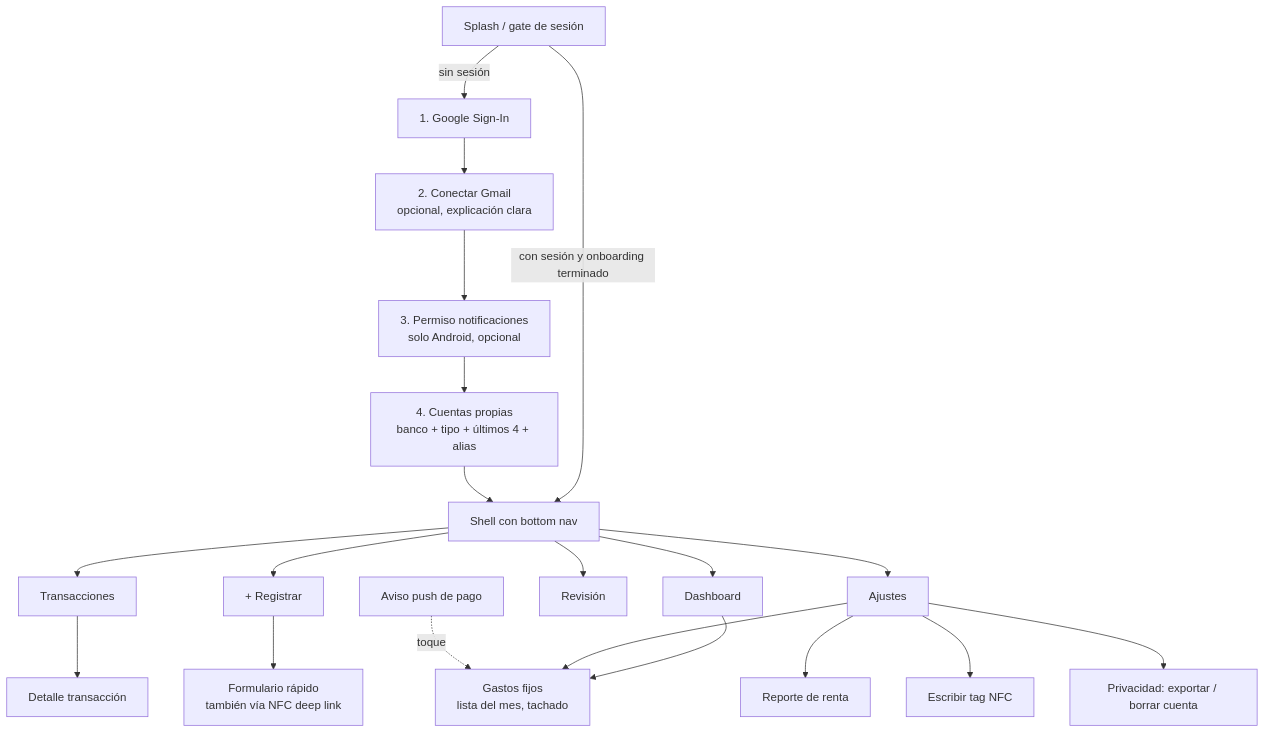
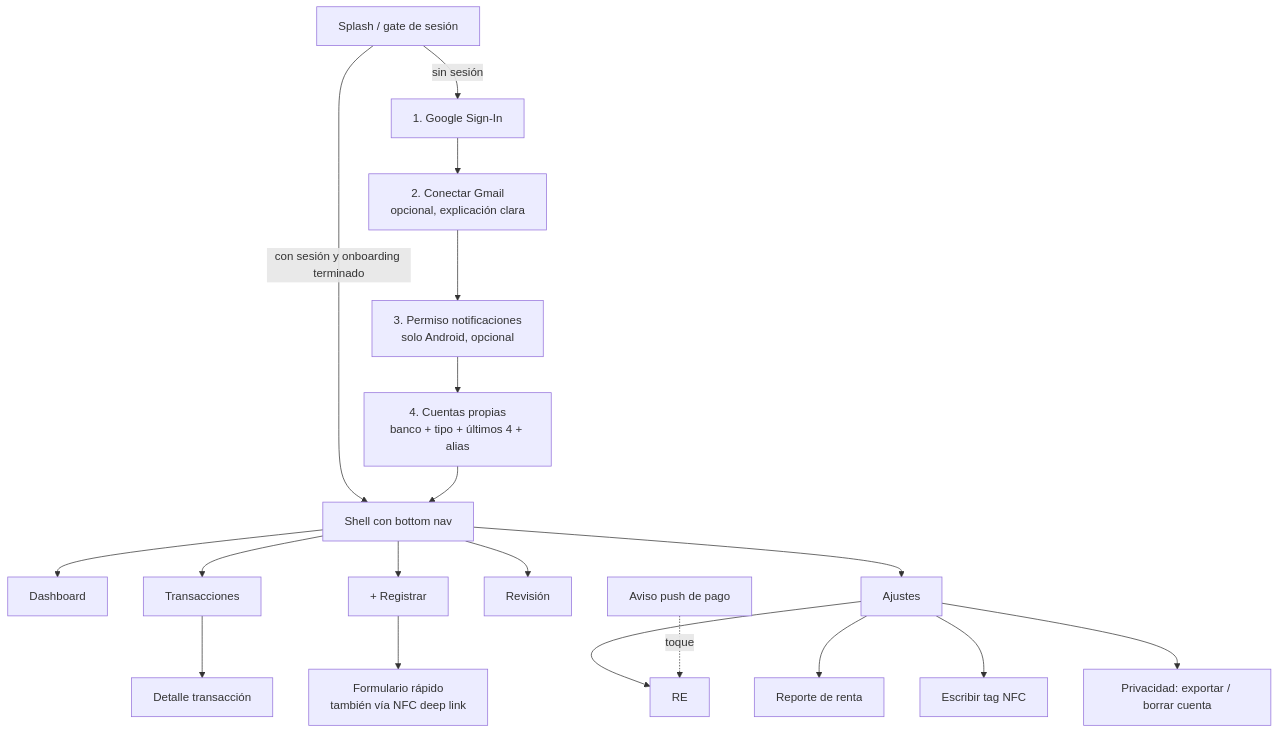
One commit to CristianmMst/luka changed the diagram in docs/specs/008-app-flutter/spec.md. Above: the diagram before and after it, drawn with Mermaid. The commit also changed other lines of this file and 7 other files, not shown here.

First line of the commit message:
feat(app): proximos pagos solo en gastos fijos

````diff
--- a/docs/specs/008-app-flutter/spec.md
+++ b/docs/specs/008-app-flutter/spec.md
@@ -9,24 +9,23 @@
 ```mermaid
 flowchart TD
     SPLASH[Splash / gate de sesión] -->|sin sesión| G[1. Google Sign-In]
     SPLASH -->|con sesión y onboarding terminado| HOME
     G --> GM[2. Conectar Gmail<br/>opcional, explicación clara]
     GM --> NP[3. Permiso notificaciones<br/>solo Android, opcional]
     NP --> ACC[4. Cuentas propias<br/>banco + tipo + últimos 4 + alias]
     ACC --> HOME
 
     HOME[Shell con bottom nav] --> D[Dashboard]
     HOME --> TX[Transacciones]
     HOME --> ADD[+ Registrar]
     HOME --> RV[Revisión]
     HOME --> ST[Ajustes]
 
     TX --> TXD[Detalle transacción]
-    D --> RE[Gastos fijos<br/>lista del mes, tachado]
     ST --> RE
     PUSH[Aviso push de pago] -.->|toque| RE
     ADD --> QA[Formulario rápido<br/>también vía NFC deep link]
     ST --> FR[Reporte de renta]
     ST --> NFCW[Escribir tag NFC]
     ST --> PRIV[Privacidad: exportar / borrar cuenta]
 ```
````
